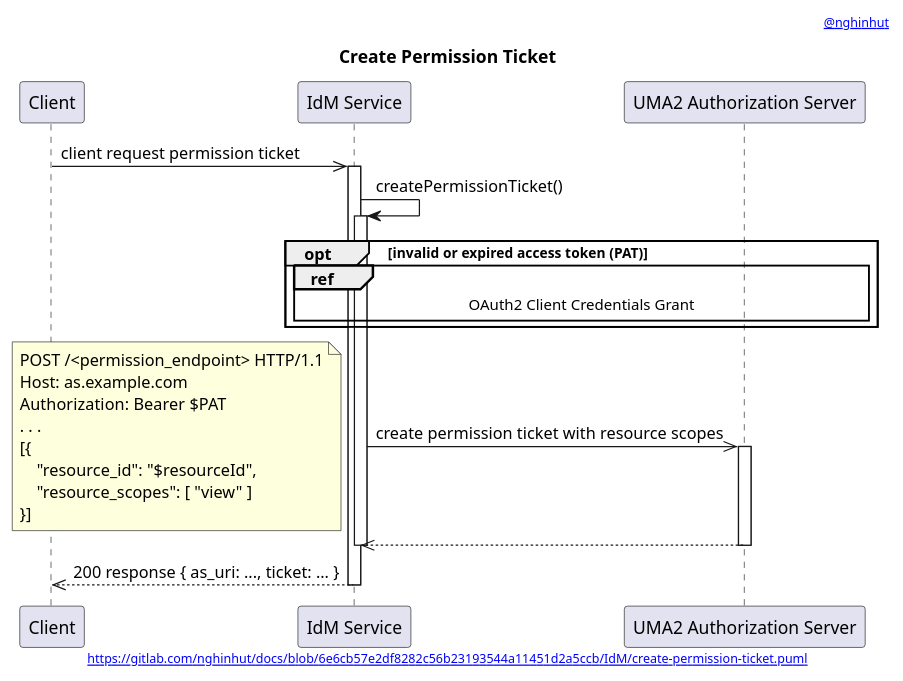
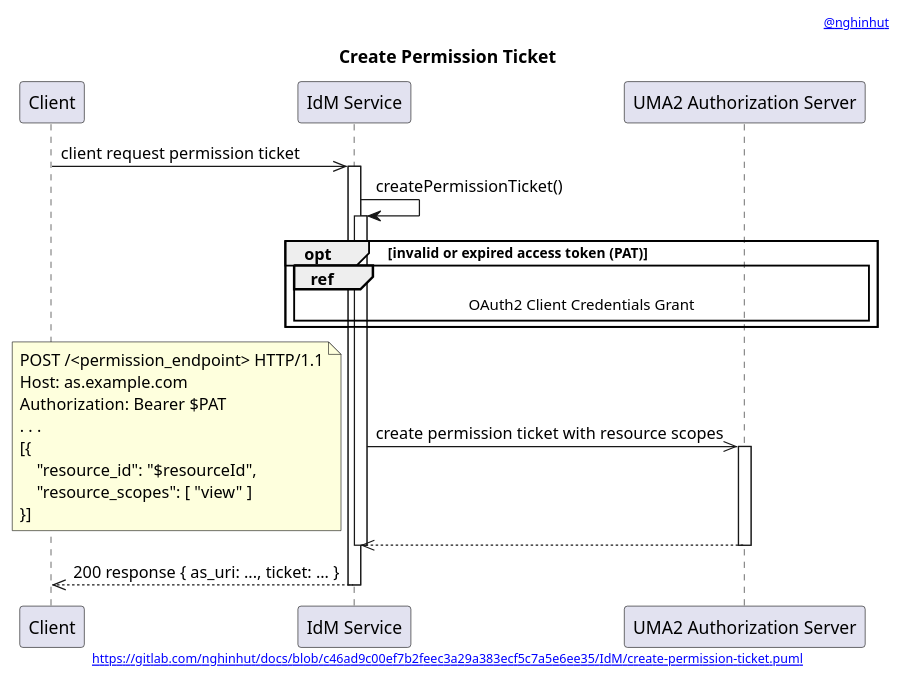
Before and after one commit to nghinhut/docs: the diagram in IdM/create-permission-ticket.function.puml, drawn with PlantUML. The commit also changed 37 other files, not shown here.

```diff
--- a/IdM/create-permission-ticket.function.puml
+++ b/IdM/create-permission-ticket.function.puml
@@ -1,39 +1,39 @@
 @startuml
 '-----START auto generated metadata please keep comment here to allow auto update-----
 '-----DON'T EDIT THIS SECTION, INSTEAD RE-RUN prebuild.sh TO UPDATE-----
-header [[https://www.nghinhut.dev?from=http%5C%3A%5C%2F%5C%2Fwww%5C.plantuml%5C.com%5C%2Fplantuml%5C%2Fproxy%3Ffmt%3Dsvg%5C%26src%3Dhttps%5C%3A%5C%2F%5C%2Fgitlab%5C.com%5C%2Fnghinhut%5C%2Fdocs%5C%2Fraw%5C%2F6e6cb57e2df8282c56b23193544a11451d2a5ccb%5C%2FIdM%5C%2Fcreate-permission-ticket%5C.puml%0A @nghinhut]]
-footer [[http://www.plantuml.com/plantuml/proxy?fmt=svg&src=https://gitlab.com/nghinhut/docs/raw/6e6cb57e2df8282c56b23193544a11451d2a5ccb/IdM/create-permission-ticket.puml https://gitlab.com/nghinhut/docs/blob/6e6cb57e2df8282c56b23193544a11451d2a5ccb/IdM/create-permission-ticket.puml]]
+header [[https://www.nghinhut.dev?from=http%5C%3A%5C%2F%5C%2Fwww%5C.plantuml%5C.com%5C%2Fplantuml%5C%2Fproxy%3Ffmt%3Dsvg%5C%26src%3Dhttps%5C%3A%5C%2F%5C%2Fgitlab%5C.com%5C%2Fnghinhut%5C%2Fdocs%5C%2Fraw%5C%2Fc46ad9c00ef7b2feec3a29a383ecf5c7a5e6ee35%5C%2FIdM%5C%2Fcreate-permission-ticket%5C.puml%0A @nghinhut]]
+footer [[http://www.plantuml.com/plantuml/proxy?fmt=svg&src=https://gitlab.com/nghinhut/docs/raw/c46ad9c00ef7b2feec3a29a383ecf5c7a5e6ee35/IdM/create-permission-ticket.puml https://gitlab.com/nghinhut/docs/blob/c46ad9c00ef7b2feec3a29a383ecf5c7a5e6ee35/IdM/create-permission-ticket.puml]]
 '-----END auto generated metadata please keep comment here to allow auto update-----
 title Create Permission Ticket
 
 participant "Client" as client
 participant "IdM Service" as idm
 participant "UMA2 Authorization Server" as as
 
 client ->> idm : client request permission ticket
 activate idm
     idm -> idm : createPermissionTicket()
     activate idm
         opt invalid or expired access token (PAT)
             ref over idm, as
                 OAuth2 Client Credentials Grant
             end
         end
         idm ->> as : create permission ticket with resource scopes
         note left
             POST /<permission_endpoint> HTTP/1.1
             Host: as.example.com
             Authorization: Bearer $PAT
             . . .
             [{
                 "resource_id": "$resourceId",
                 "resource_scopes": [ "view" ]
             }]
         end note
         activate as
         idm <<-- as
         deactivate as
     deactivate idm
     client <<-- idm : 200 response { as_uri: ..., ticket: ... }
 deactivate idm
 @enduml
```
